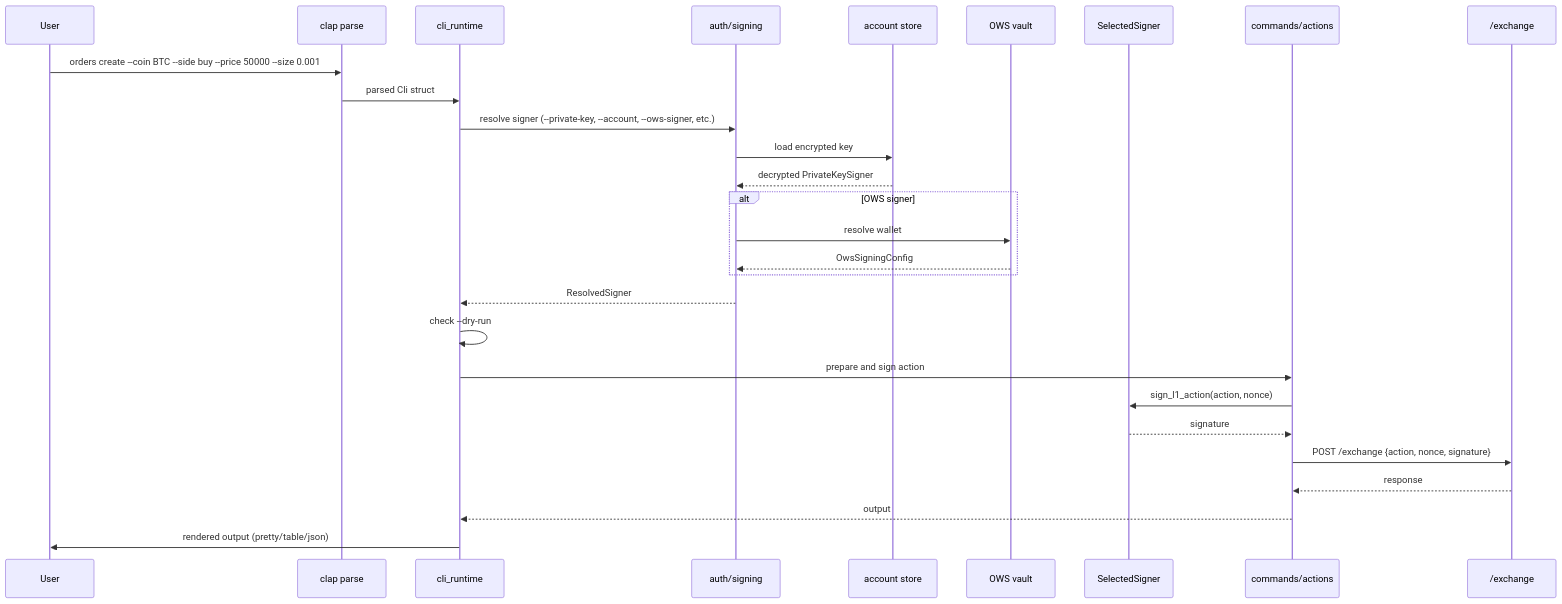
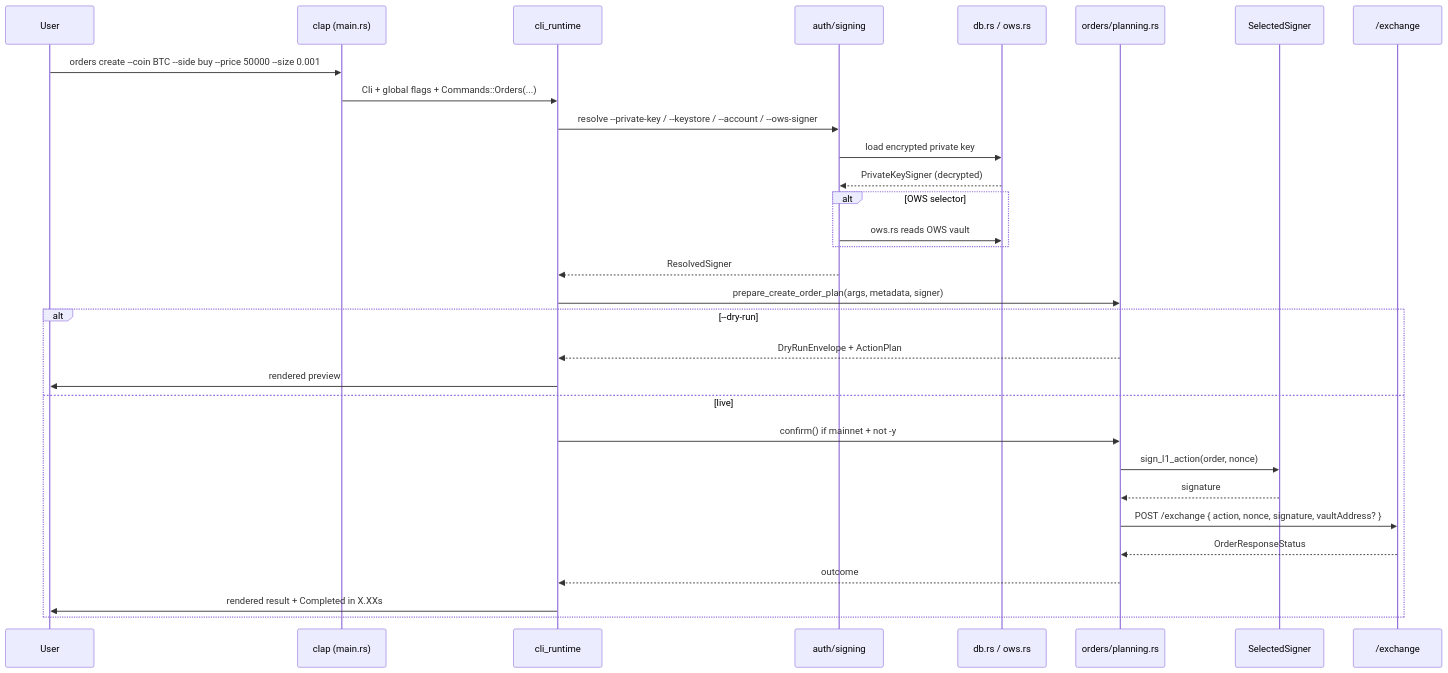
The second of 4 diagrams in droid-wiki/overview/architecture.md (hypurrclaw/hyperliquid-cli), drawn with Mermaid before and after one commit. The commit also changed other lines of this file and 61 other files, not shown here.

````diff
--- a/droid-wiki/overview/architecture.md
+++ b/droid-wiki/overview/architecture.md
@@ -61,31 +53,34 @@
 ```mermaid
 sequenceDiagram
     participant User
-    participant Clap as clap parse
+    participant Clap as clap (main.rs)
     participant Runtime as cli_runtime
     participant Auth as auth/signing
-    participant Db as account store
-    participant Ows as OWS vault
-    participant Signer as SelectedSigner
-    participant Actions as commands/actions
+    participant Db as db.rs / ows.rs
+    participant Plan as orders/planning.rs
+    participant Sign as SelectedSigner
     participant API as /exchange
 
     User->>Clap: orders create --coin BTC --side buy --price 50000 --size 0.001
-    Clap->>Runtime: parsed Cli struct
-    Runtime->>Auth: resolve signer (--private-key, --account, --ows-signer, etc.)
-    Auth->>Db: load encrypted key
-    Db-->>Auth: decrypted PrivateKeySigner
-    alt OWS signer
-        Auth->>Ows: resolve wallet
-        Ows-->>Auth: OwsSigningConfig
+    Clap->>Runtime: Cli + global flags + Commands::Orders(...)
+    Runtime->>Auth: resolve --private-key / --keystore / --account / --ows-signer
+    Auth->>Db: load encrypted private key
+    Db-->>Auth: PrivateKeySigner (decrypted)
+    alt OWS selector
+        Auth->>Db: ows.rs reads OWS vault
     end
     Auth-->>Runtime: ResolvedSigner
-    Runtime->>Runtime: check --dry-run
-    Runtime->>Actions: prepare and sign action
-    Actions->>Signer: sign_l1_action(action, nonce)
-    Signer-->>Actions: signature
-    Actions->>API: POST /exchange {action, nonce, signature}
-    API-->>Actions: response
-    Actions-->>Runtime: output
-    Runtime->>User: rendered output (pretty/table/json)
+    Runtime->>Plan: prepare_create_order_plan(args, metadata, signer)
+    alt --dry-run
+        Plan-->>Runtime: DryRunEnvelope + ActionPlan
+        Runtime->>User: rendered preview
+    else live
+        Runtime->>Plan: confirm() if mainnet + not -y
+        Plan->>Sign: sign_l1_action(order, nonce)
+        Sign-->>Plan: signature
+        Plan->>API: POST /exchange { action, nonce, signature, vaultAddress? }
+        API-->>Plan: OrderResponseStatus
+        Plan-->>Runtime: outcome
+        Runtime->>User: rendered result + Completed in X.XXs
+    end
 ```
````
